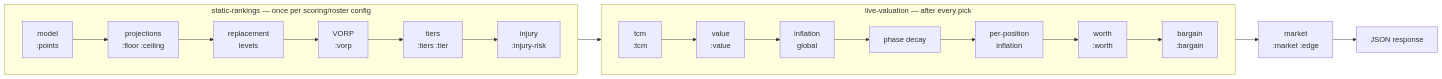
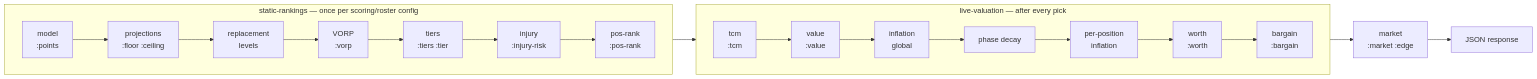
The third of 3 diagrams in README.md (RockChalkJay/draft-day-clj), drawn with Mermaid before and after one commit. The commit also changed other lines of this file and 9 other files, not shown here.

````diff
--- a/README.md
+++ b/README.md
@@ -345,25 +360,26 @@
 ```mermaid
 flowchart LR
     subgraph static["static-rankings — once per scoring/roster config"]
         direction LR
         p1["model<br/>:points"] --> p2["projections<br/>:floor :ceiling"]
         p2 --> p3["replacement<br/>levels"]
         p3 --> p4["VORP<br/>:vorp"]
         p4 --> p5["tiers<br/>:tiers :tier"]
         p5 --> p6["injury<br/>:injury-risk"]
+        p6 --> p7["pos-rank<br/>:pos-rank"]
     end
 
     subgraph live["live-valuation — after every pick"]
         direction LR
         l1["tcm<br/>:tcm"] --> l2["value<br/>:value"]
         l2 --> l3["inflation<br/>global"]
         l3 --> l4["phase decay"]
         l4 --> l5["per-position<br/>inflation"]
         l5 --> l6["worth<br/>:worth"]
         l6 --> l7["bargain<br/>:bargain"]
     end
 
     static --> live
     live --> mkt["market<br/>:market :edge"]
     mkt --> resp["JSON response"]
 ```
````
